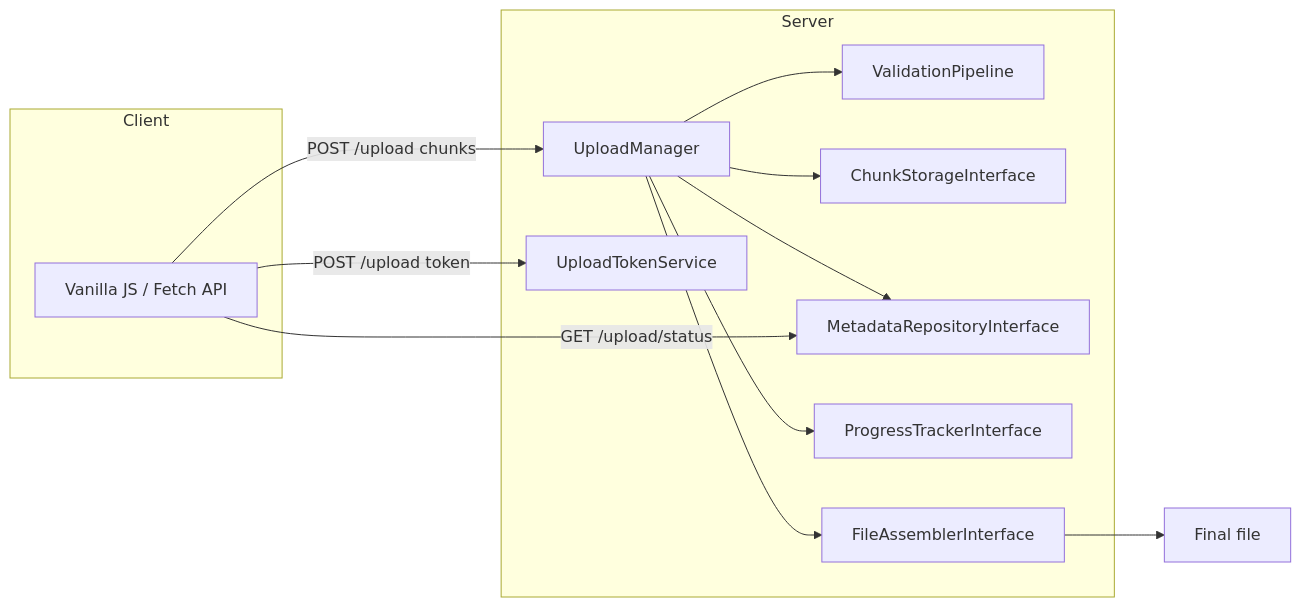
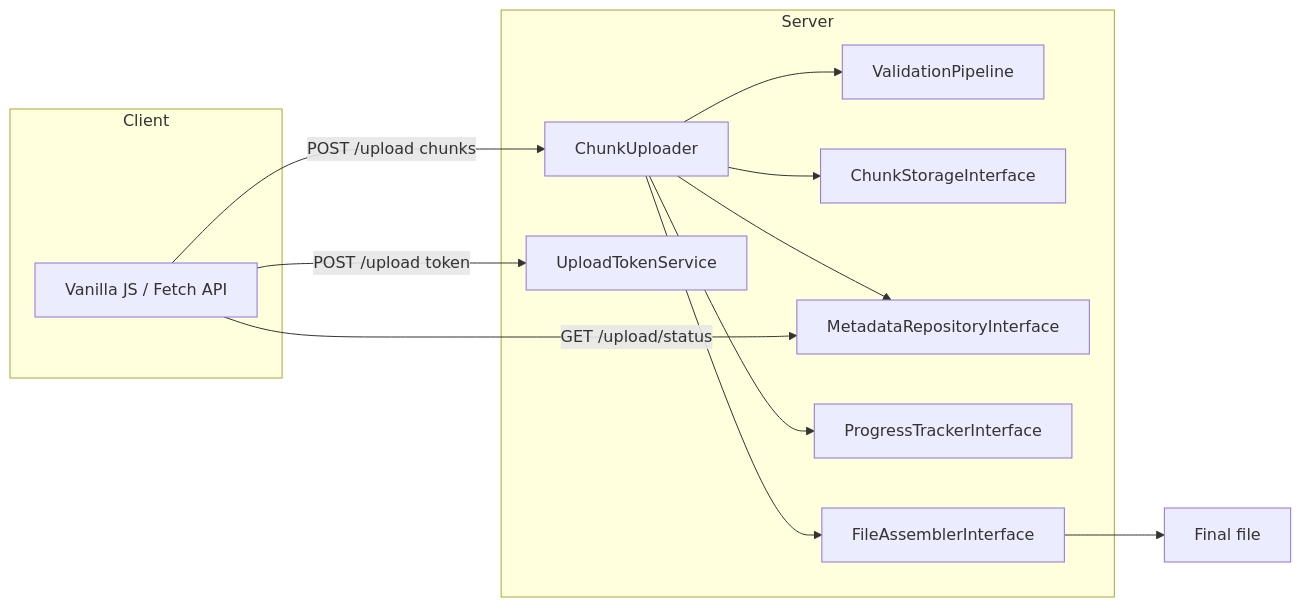
The first of 2 diagrams in README.md (unknownman/chunked-uploader), drawn with Mermaid before and after one commit. The commit also changed other lines of this file and 16 other files, not shown here.

First line of the commit message:
Refactor upload orchestration into ChunkUploader

````diff
--- a/README.md
+++ b/README.md
@@ -70,26 +70,26 @@
 ```mermaid
 flowchart LR
     subgraph Client
         JS[Vanilla JS / Fetch API]
     end
 
     subgraph Server
-        M[UploadManager]
+        M[ChunkUploader]
         V[ValidationPipeline]
         S[ChunkStorageInterface]
         MD[MetadataRepositoryInterface]
         PT[ProgressTrackerInterface]
         A[FileAssemblerInterface]
         TS[UploadTokenService]
     end
 
     JS -->|POST /upload token| TS
     JS -->|POST /upload chunks| M
     M --> V
     M --> S
     M --> MD
     M --> PT
     M --> A
     A --> F[Final file]
     JS -->|GET /upload/status| MD
 ```
````
